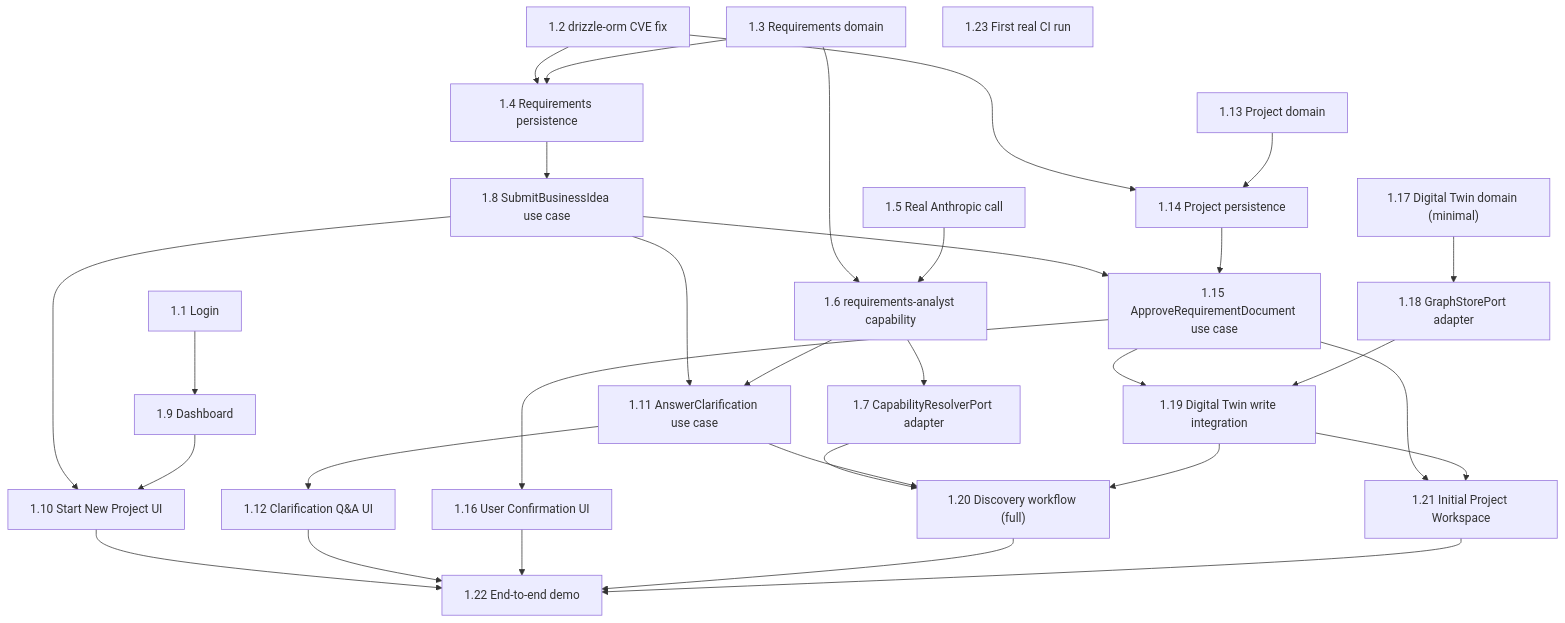
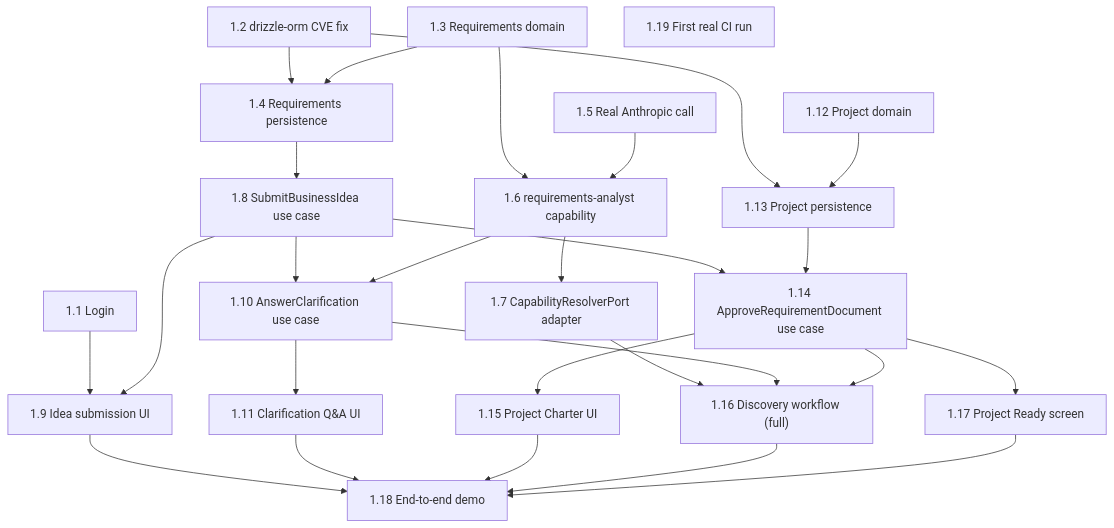
Before and after one commit to JDMata/Builder-Platform-OS: the diagram in docs/execution/sprint-1/03-dependency-map.md, drawn with Mermaid. The commit also changed other lines of this file and 10 other files, not shown here.

````diff
--- a/docs/execution/sprint-1/03-dependency-map.md
+++ b/docs/execution/sprint-1/03-dependency-map.md
@@ -15,57 +15,48 @@
 ```mermaid
 graph TD
     T11["1.1 Login"]
     T12["1.2 drizzle-orm CVE fix"]
     T13["1.3 Requirements domain"]
     T14["1.4 Requirements persistence"]
     T15["1.5 Real Anthropic call"]
     T16["1.6 requirements-analyst capability"]
     T17["1.7 CapabilityResolverPort adapter"]
     T18["1.8 SubmitBusinessIdea use case"]
-    T19["1.9 Dashboard"]
-    T110["1.10 Start New Project UI"]
-    T111["1.11 AnswerClarification use case"]
-    T112["1.12 Clarification Q&A UI"]
-    T113["1.13 Project domain"]
-    T114["1.14 Project persistence"]
-    T115["1.15 ApproveRequirementDocument use case"]
-    T116["1.16 User Confirmation UI"]
-    T117["1.17 Digital Twin domain (minimal)"]
-    T118["1.18 GraphStorePort adapter"]
-    T119["1.19 Digital Twin write integration"]
-    T120["1.20 Discovery workflow (full)"]
-    T121["1.21 Initial Project Workspace"]
-    T122["1.22 End-to-end demo"]
-    T123["1.23 First real CI run"]
+    T19["1.9 Idea submission UI"]
+    T110["1.10 AnswerClarification use case"]
+    T111["1.11 Clarification Q&A UI"]
+    T112["1.12 Project domain"]
+    T113["1.13 Project persistence"]
+    T114["1.14 ApproveRequirementDocument use case"]
+    T115["1.15 Project Charter UI"]
+    T116["1.16 Discovery workflow (full)"]
+    T117["1.17 Project Ready screen"]
+    T118["1.18 End-to-end demo"]
+    T119["1.19 First real CI run"]
 
     T12 --> T14
-    T12 --> T114
+    T12 --> T113
     T13 --> T14
     T13 --> T16
     T14 --> T18
     T15 --> T16
     T16 --> T17
+    T11 --> T19
+    T18 --> T19
     T18 --> T110
-    T11 --> T19
-    T19 --> T110
-    T18 --> T111
-    T16 --> T111
-    T111 --> T112
+    T16 --> T110
+    T110 --> T111
+    T112 --> T113
+    T18 --> T114
     T113 --> T114
-    T18 --> T115
     T114 --> T115
+    T17 --> T116
+    T110 --> T116
+    T114 --> T116
+    T114 --> T117
+    T19 --> T118
+    T111 --> T118
+    T115 --> T118
+    T116 --> T118
     T117 --> T118
-    T115 --> T119
-    T118 --> T119
-    T17 --> T120
-    T111 --> T120
-    T119 --> T120
-    T115 --> T116
-    T115 --> T121
-    T119 --> T121
-    T110 --> T122
-    T112 --> T122
-    T116 --> T122
-    T120 --> T122
-    T121 --> T122
 ```
````
